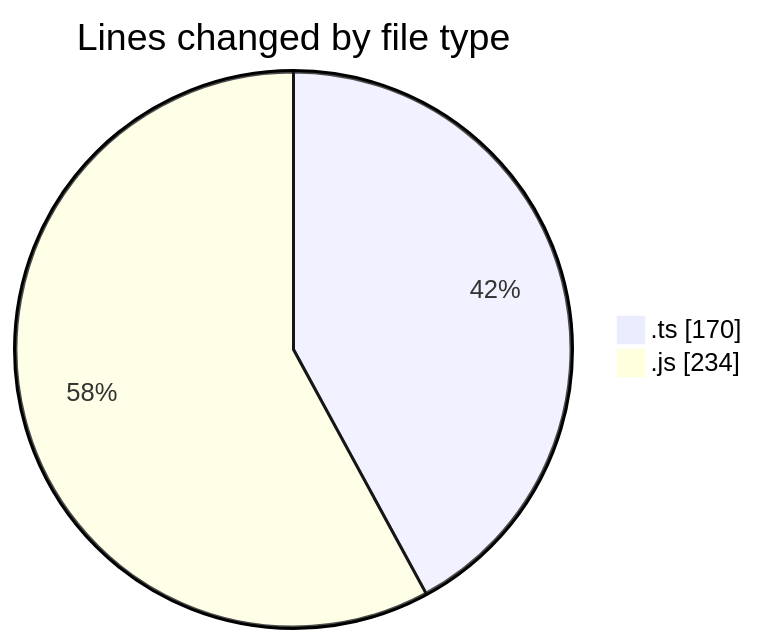
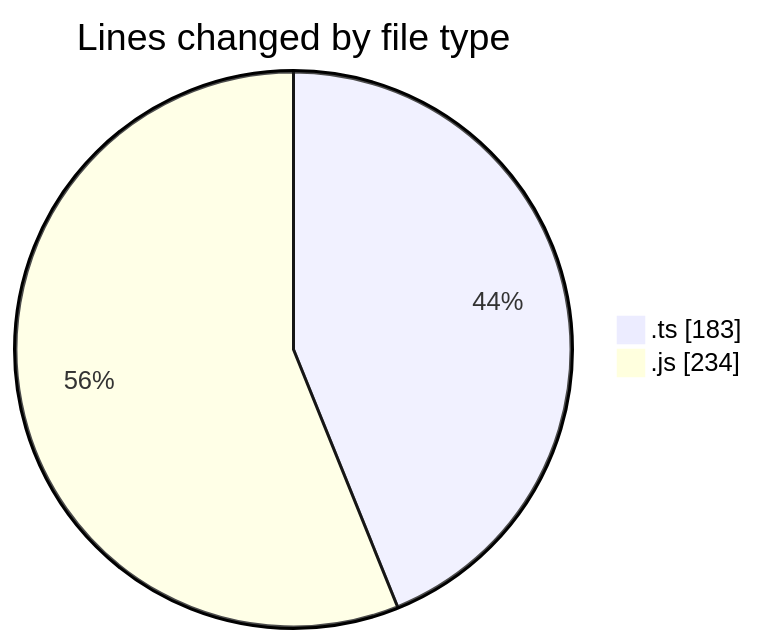
One commit to momahboobian/code-tracking changed the first of 2 diagrams in 2025-03-12/cda/README.md. Above: the diagram before and after it, drawn with Mermaid. The commit also changed other lines of this file and 1 other file, not shown here.

````diff
--- a/2025-03-12/cda/README.md
+++ b/2025-03-12/cda/README.md
@@ -25,6 +25,6 @@
 ```mermaid
 pie showData
 title Lines changed by file type
-".ts" : 170
+".ts" : 183
 ".js" : 234
 ```
````
